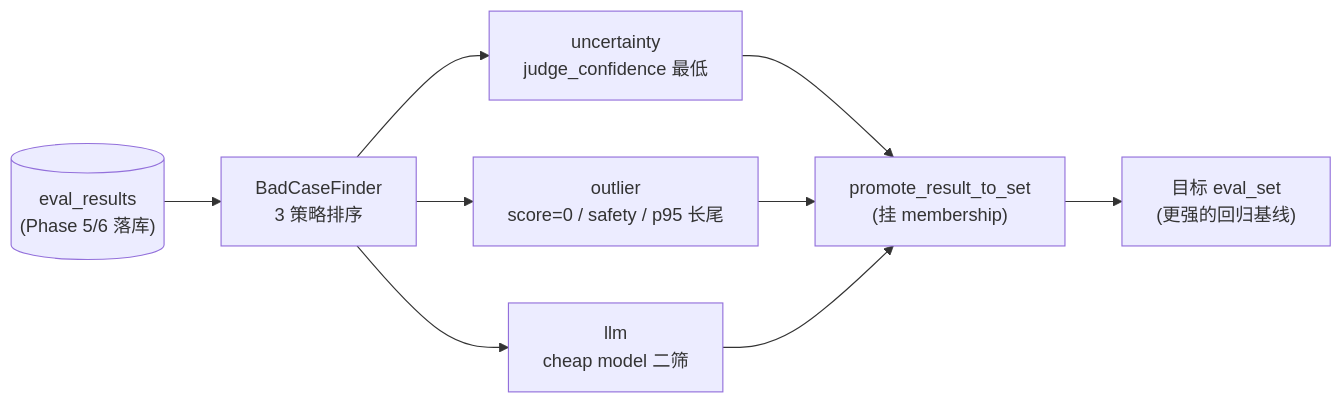
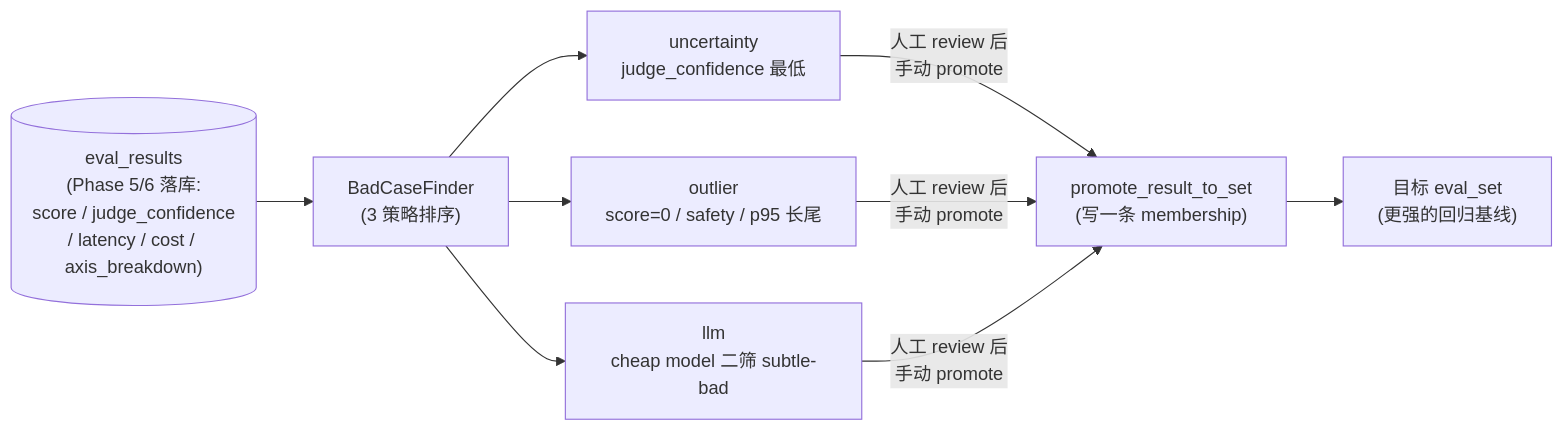
One commit to AndyUneducated/eval-gate changed the first of 2 diagrams in docs/PHASE_7_PLAN.md. Above: the diagram before and after it, drawn with Mermaid. The commit also changed other lines of this file and 16 other files, not shown here.

First line of the commit message:
docs: add diagrams and tech-selection rationale to README and phase plans

````diff
--- a/docs/PHASE_7_PLAN.md
+++ b/docs/PHASE_7_PLAN.md
@@ -16,19 +15,15 @@
 ```mermaid
 flowchart LR
-  Results[("eval_results<br/>(Phase 5/6 落库)")]
-  Finder["BadCaseFinder<br/>3 策略排序"]
+  Results[("eval_results<br/>(Phase 5/6 落库:<br/>score / judge_confidence<br/>/ latency / cost / axis_breakdown)")]
+  Finder["BadCaseFinder<br/>(3 策略排序)"]
   U["uncertainty<br/>judge_confidence 最低"]
   O["outlier<br/>score=0 / safety / p95 长尾"]
-  L["llm<br/>cheap model 二筛"]
-  Promote["promote_result_to_set<br/>(挂 membership)"]
+  L["llm<br/>cheap model 二筛 subtle-bad"]
+  Promote["promote_result_to_set<br/>(写一条 membership)"]
   Target["目标 eval_set<br/>(更强的回归基线)"]
 
   Results --> Finder
-  Finder --> U
-  Finder --> O
-  Finder --> L
-  U --> Promote
-  O --> Promote
-  L --> Promote
+  Finder --> U & O & L
+  U & O & L -->|"人工 review 后<br/>手动 promote"| Promote
   Promote --> Target
 ```
````
